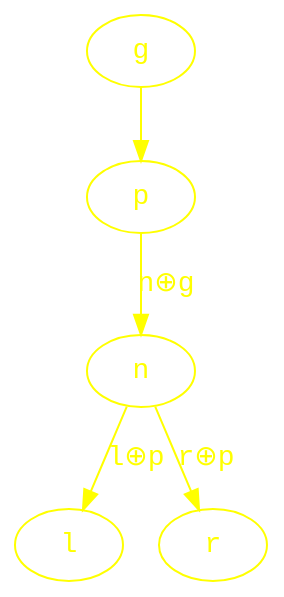
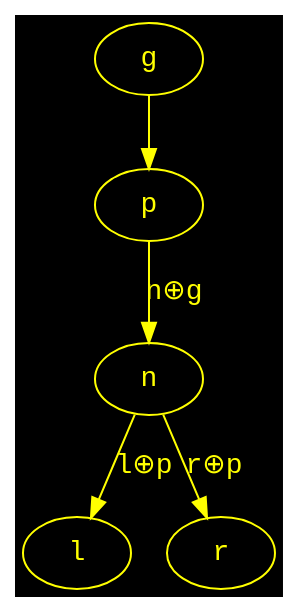
The diagram in example.dot (user1095108/xsg), drawn with Graphviz before and after one commit. The commit also changed 1 other file, not shown here.

```diff
--- a/example.dot
+++ b/example.dot
@@ -1,14 +1,14 @@
 digraph {
-  bgcolor="transparent"
+  bgcolor="black"
 
   g [color="yellow" fontcolor="yellow" fontname="monospace"]
   p [color="yellow" fontcolor="yellow" fontname="monospace"]
   n [color="yellow" fontcolor="yellow" fontname="monospace"]
   l [color="yellow" fontcolor="yellow" fontname="monospace"]
   r [color="yellow" fontcolor="yellow" fontname="monospace"]
 
   g -> p [color="yellow" fontcolor="yellow" fontname="monospace"]
   p -> n [color="yellow" fontcolor="yellow" fontname="monospace" label="n⊕g"]
   n -> l [color="yellow" fontcolor="yellow" fontname="monospace" label="l⊕p"]
   n -> r [color="yellow" fontcolor="yellow" fontname="monospace" label="r⊕p"]
 }
```
